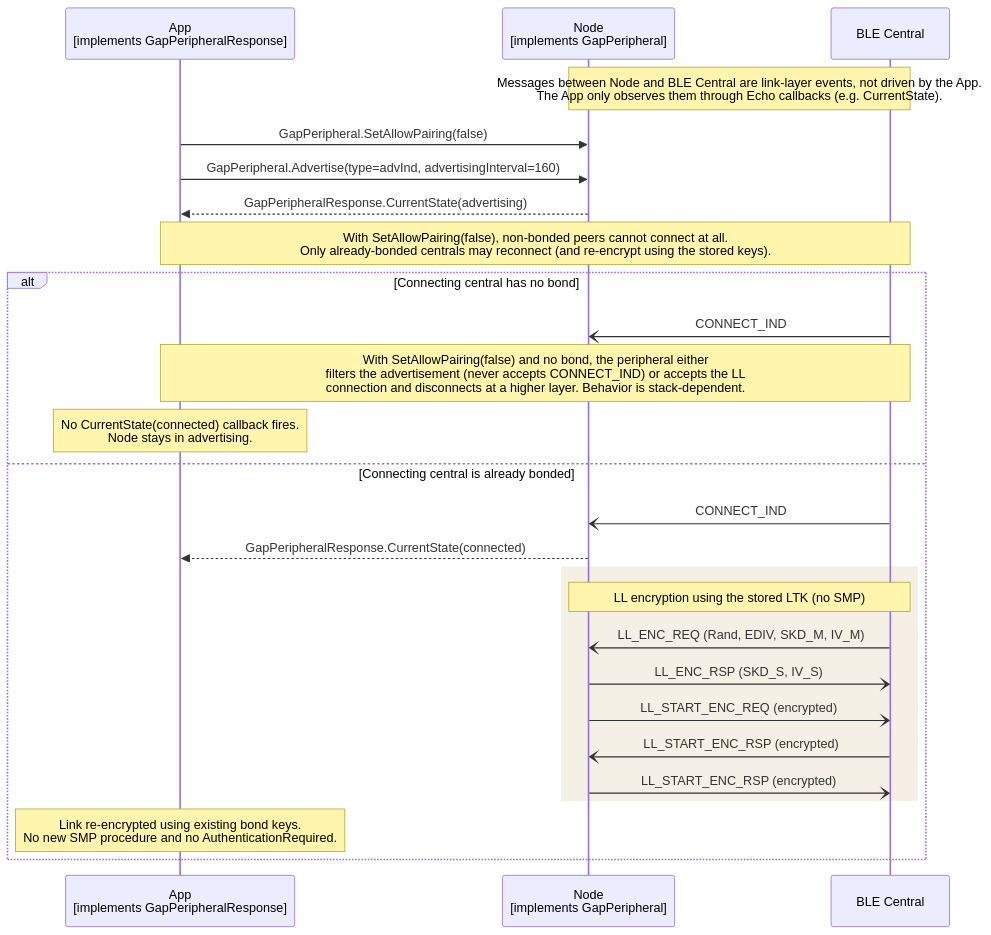
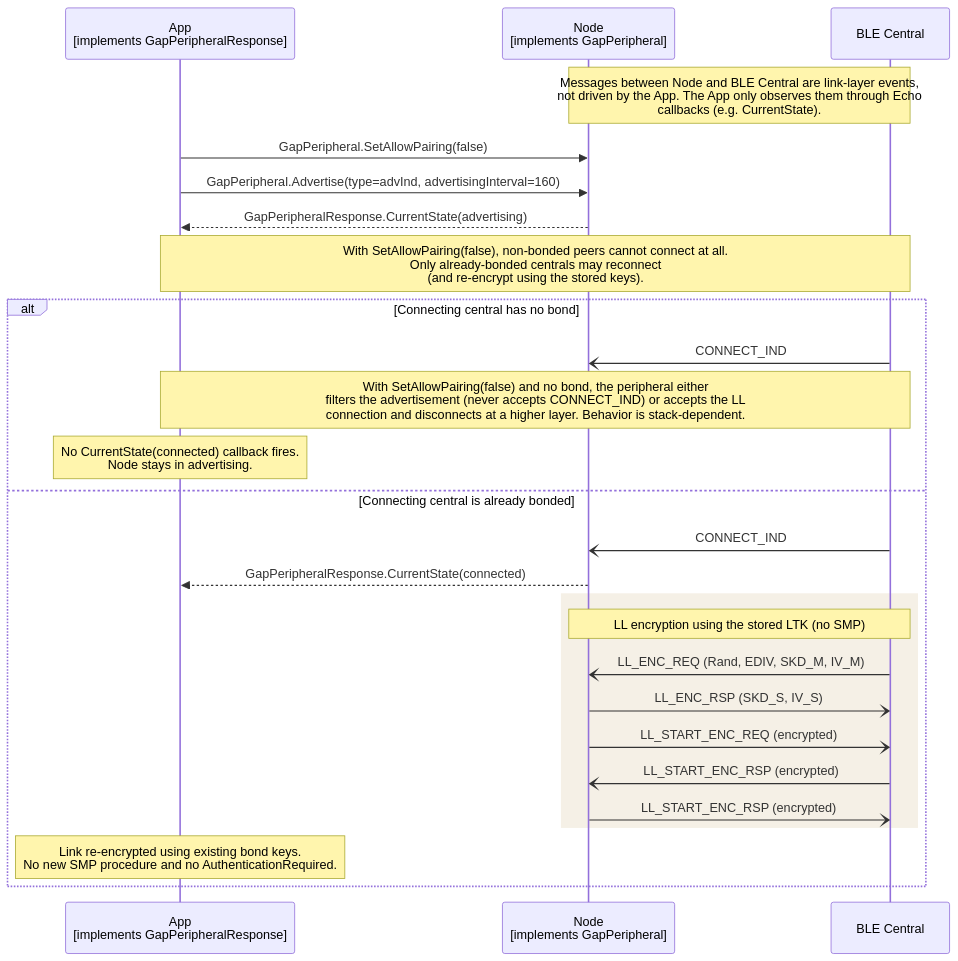
One commit to philips-software/amp-embedded-infra-lib changed the diagram in documents/modules/ROOT/partials/echoservices/gap_peripheral/GapPeripheral_AllowPairingRejection_sequence.mmd. Above: the diagram before and after it, drawn with Mermaid. The commit also changed 11 other files, not shown here.

```diff
--- a/documents/modules/ROOT/partials/echoservices/gap_peripheral/GapPeripheral_AllowPairingRejection_sequence.mmd
+++ b/documents/modules/ROOT/partials/echoservices/gap_peripheral/GapPeripheral_AllowPairingRejection_sequence.mmd
@@ -1,31 +1,31 @@
 sequenceDiagram
     participant App as App<br>[implements GapPeripheralResponse]
     participant Node as Node<br>[implements GapPeripheral]
     participant Central as BLE Central
 
 
-    Note over Node, Central: Messages between Node and BLE Central are link-layer events, not driven by the App.<br>The App only observes them through Echo callbacks (e.g. CurrentState).
+    Note over Node, Central: Messages between Node and BLE Central are link-layer events,<br>not driven by the App. The App only observes them through Echo<br>callbacks (e.g. CurrentState).
 
     App->>Node: GapPeripheral.SetAllowPairing(false)
     App->>Node: GapPeripheral.Advertise(type=advInd, advertisingInterval=160)
     Node-->>App: GapPeripheralResponse.CurrentState(advertising)
 
-    Note over App, Central: With SetAllowPairing(false), non-bonded peers cannot connect at all.<br>Only already-bonded centrals may reconnect (and re-encrypt using the stored keys).
+    Note over App, Central: With SetAllowPairing(false), non-bonded peers cannot connect at all.<br>Only already-bonded centrals may reconnect<br>(and re-encrypt using the stored keys).
 
     alt Connecting central has no bond
         Central-)Node: CONNECT_IND
         Note over App, Central: With SetAllowPairing(false) and no bond, the peripheral either<br>filters the advertisement (never accepts CONNECT_IND) or accepts the LL<br>connection and disconnects at a higher layer. Behavior is stack-dependent.
         Note over App: No CurrentState(connected) callback fires.<br>Node stays in advertising.
     else Connecting central is already bonded
         Central-)Node: CONNECT_IND
         Node-->>App: GapPeripheralResponse.CurrentState(connected)
         rect rgb(245, 240, 230)
             Note over Node, Central: LL encryption using the stored LTK (no SMP)
             Central-)Node: LL_ENC_REQ (Rand, EDIV, SKD_M, IV_M)
             Node-)Central: LL_ENC_RSP (SKD_S, IV_S)
             Node-)Central: LL_START_ENC_REQ (encrypted)
             Central-)Node: LL_START_ENC_RSP (encrypted)
             Node-)Central: LL_START_ENC_RSP (encrypted)
         end
         Note over App: Link re-encrypted using existing bond keys.<br>No new SMP procedure and no AuthenticationRequired.
     end
```
